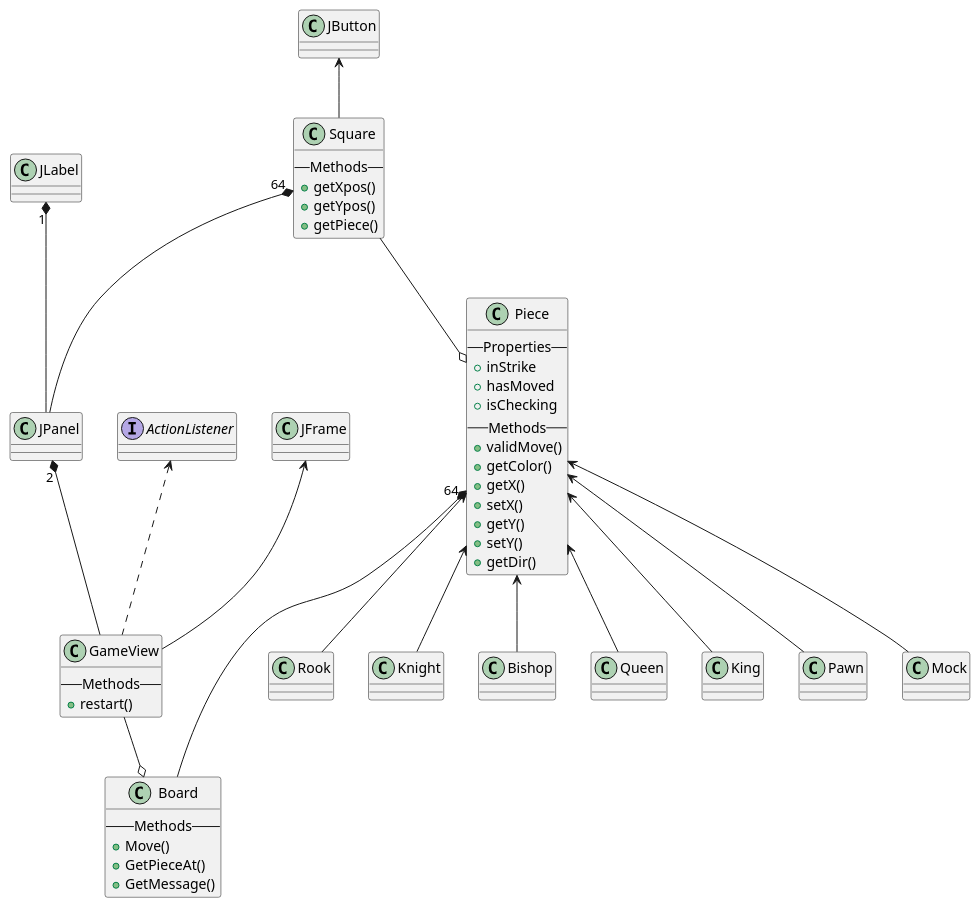
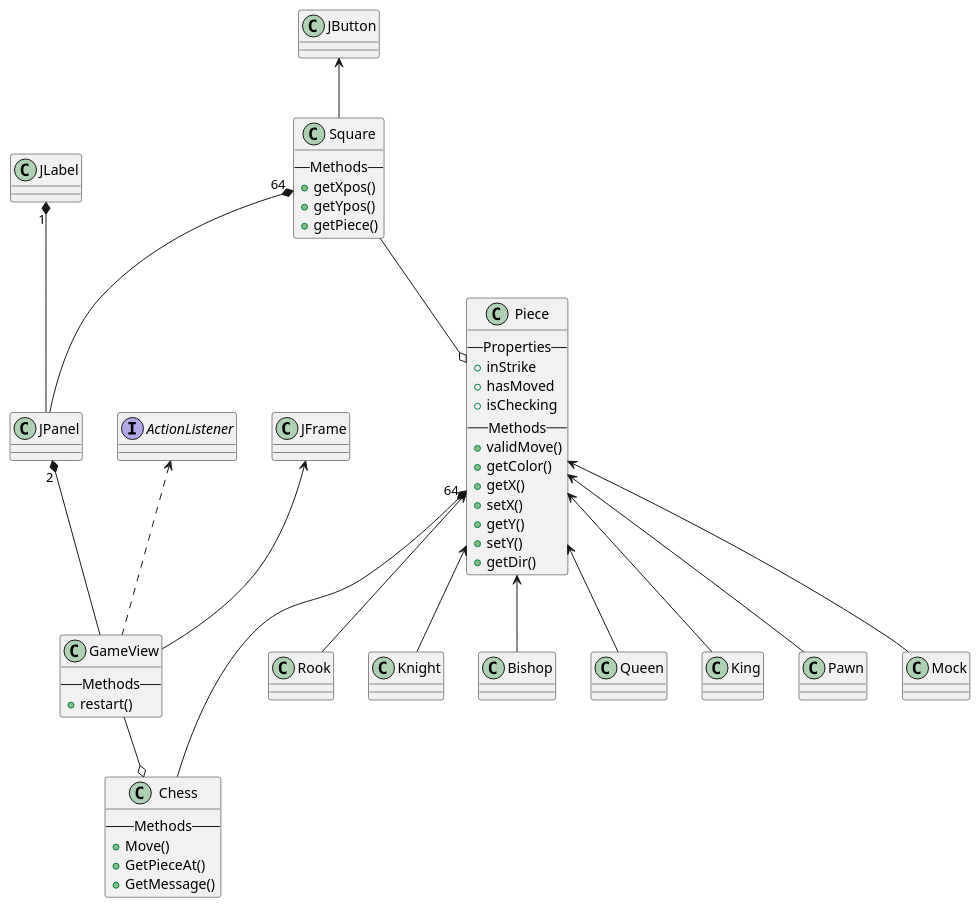
The diagram in projekt.wsd (a-svanborg/chess-java), drawn with PlantUML before and after one commit. The commit also changed 3 other files, not shown here.

```diff
--- a/projekt.wsd
+++ b/projekt.wsd
@@ -1,76 +1,76 @@
 @startuml
 class GameView{
     --Methods--
     + restart()
 }
 
 class JPanel
 
 class JLabel
 
-class Board{
+class Chess{
     --Methods--
     + Move()
     + GetPieceAt()
     + GetMessage()
 }
 
 class Square{
     --Methods--
     + getXpos()
     + getYpos()
     + getPiece()
 }
 
 class Piece{
     --Properties--
     + inStrike
     + hasMoved
     + isChecking
     --Methods--
     + validMove()
     + getColor()
     + getX()
     + setX()
     + getY()
     + setY()
     + getDir()
 }
 
 class Rook
 class Knight
 class Bishop
 class Queen
 class King
 class Pawn
 class Mock
 
 interface ActionListener
 
 
 
 JFrame <-- GameView
-GameView --o Board
+GameView --o Chess
 
 
 JPanel "2" *-- GameView
 Square "64" *-- JPanel
 JLabel "1" *-- JPanel
 
 
-Piece "64" *-- Board
+Piece "64" *-- Chess
 
 JButton <-- Square
 ActionListener <.. GameView
 
 Square --o Piece
 
 Piece <-- Rook
 Piece <-- Knight
 Piece <-- Bishop
 Piece <-- Queen
 Piece <-- King
 Piece <-- Pawn
 Piece <-- Mock
 
 @enduml
```
